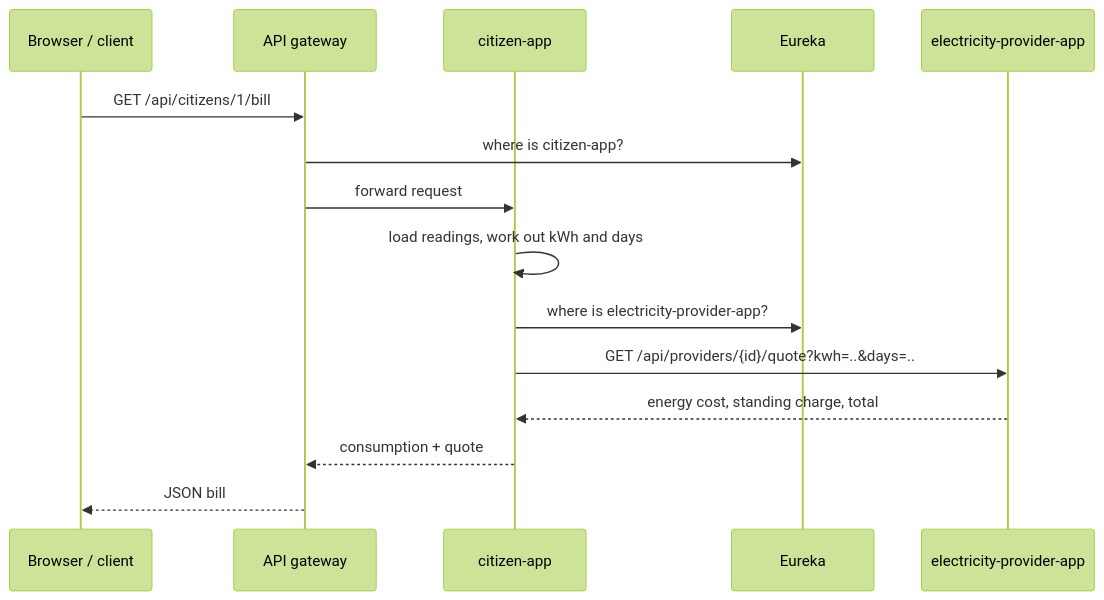
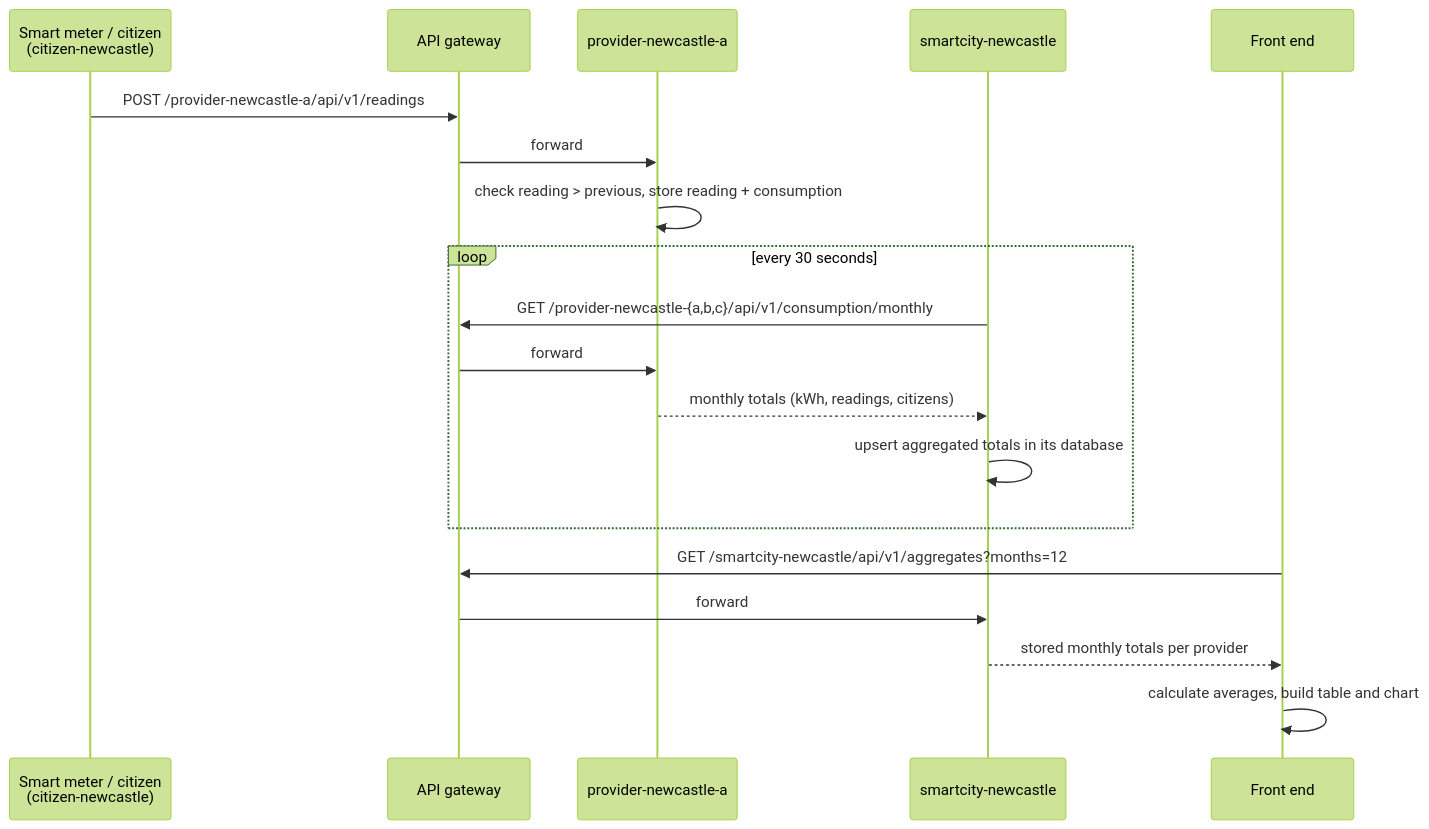
The second of 3 diagrams in README.md (AvinashSaha/Smart-Electricity-Microservice), drawn with Mermaid (forest theme) before and after one commit. The commit also changed other lines of this file and 4 other files, not shown here.

````diff
--- a/README.md
+++ b/README.md
@@ -203,17 +107,21 @@
 ```mermaid
 sequenceDiagram
-    participant B as Browser / client
+    participant M as Smart meter / citizen<br/>(citizen-newcastle)
     participant G as API gateway
-    participant C as citizen-app
-    participant R as Eureka
-    participant P as electricity-provider-app
-    B->>G: GET /api/citizens/1/bill
-    G->>R: where is citizen-app?
-    G->>C: forward request
-    C->>C: load readings, work out kWh and days
-    C->>R: where is electricity-provider-app?
-    C->>P: GET /api/providers/{id}/quote?kwh=..&days=..
-    P-->>C: energy cost, standing charge, total
-    C-->>G: consumption + quote
-    G-->>B: JSON bill
+    participant P as provider-newcastle-a
+    participant S as smartcity-newcastle
+    participant F as Front end
+    M->>G: POST /provider-newcastle-a/api/v1/readings
+    G->>P: forward
+    P->>P: check reading > previous, store reading + consumption
+    loop every 30 seconds
+        S->>G: GET /provider-newcastle-{a,b,c}/api/v1/consumption/monthly
+        G->>P: forward
+        P-->>S: monthly totals (kWh, readings, citizens)
+        S->>S: upsert aggregated totals in its database
+    end
+    F->>G: GET /smartcity-newcastle/api/v1/aggregates?months=12
+    G->>S: forward
+    S-->>F: stored monthly totals per provider
+    F->>F: calculate averages, build table and chart
 ```
````
